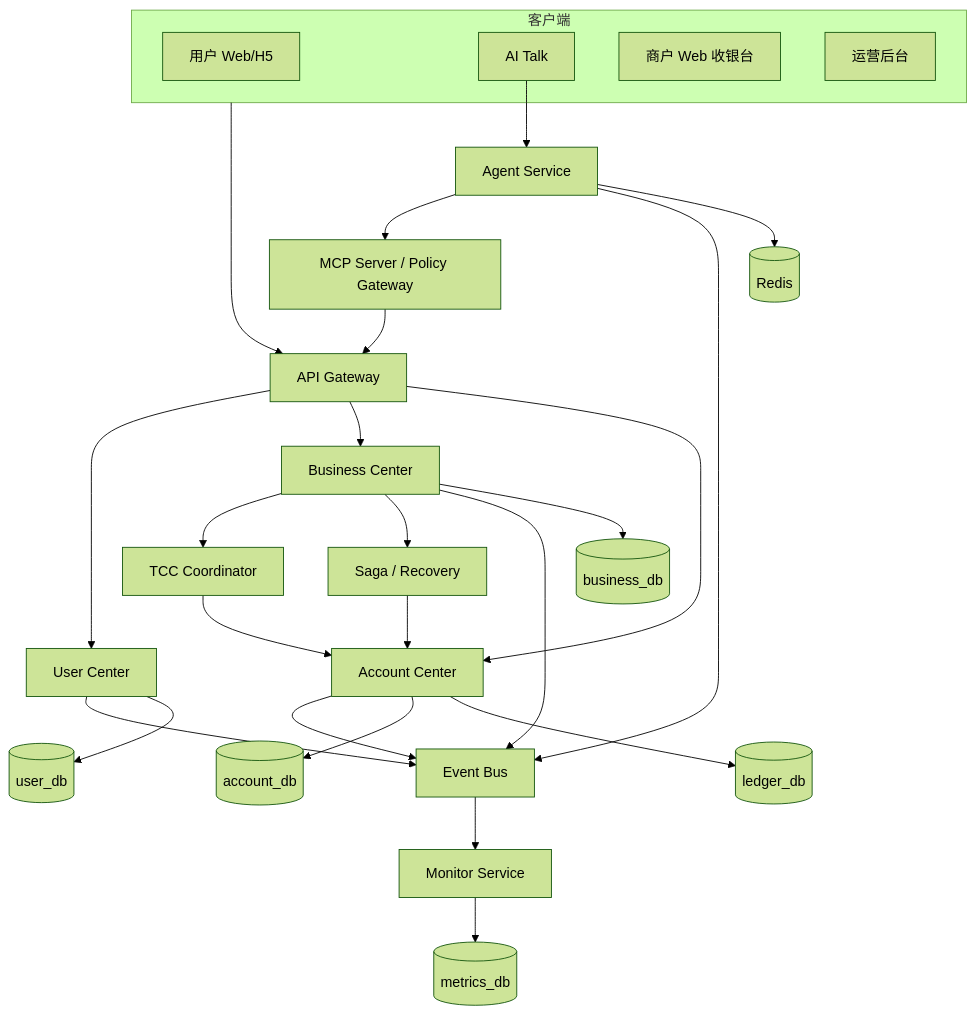
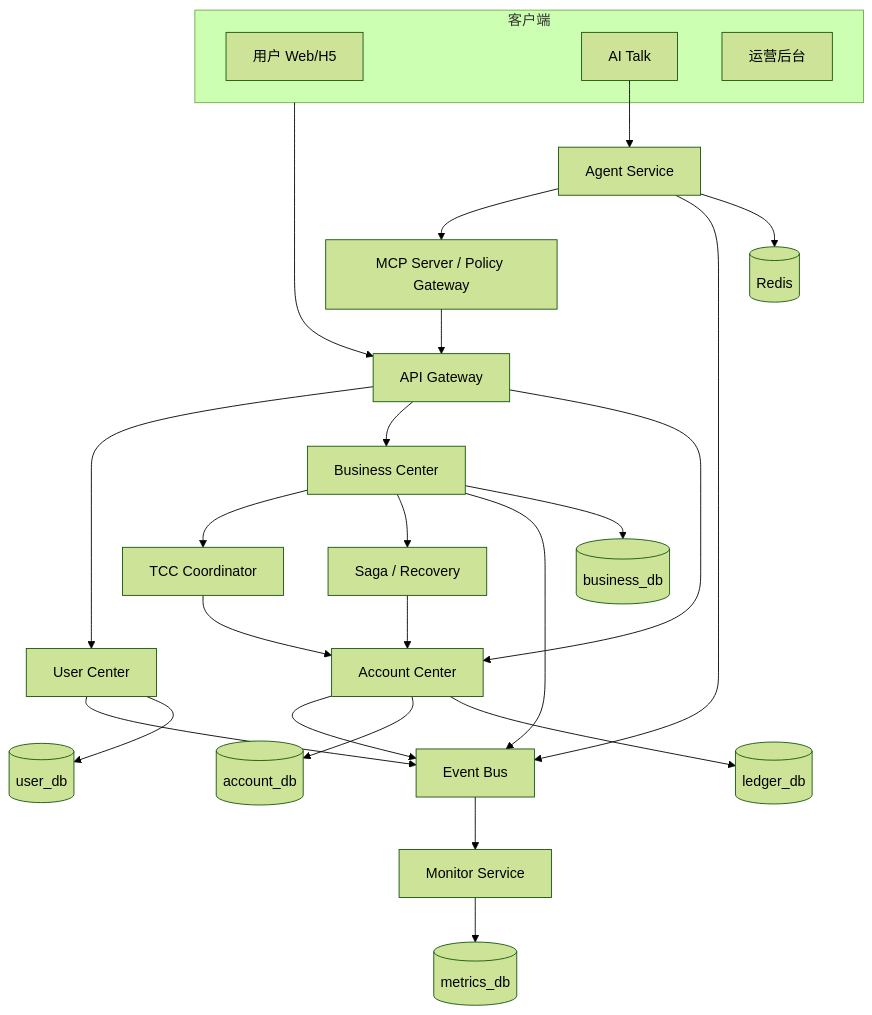
Before and after one commit to JN6565/MiniAlalipay: the third of 32 diagrams in docs/minialalipay/minialalipay-system-analysis.md, drawn with Mermaid (forest theme). The commit also changed other lines of this file and 5 other files, not shown here.

````diff
--- a/docs/minialalipay/minialalipay-system-analysis.md
+++ b/docs/minialalipay/minialalipay-system-analysis.md
@@ -347,36 +348,35 @@
 ```mermaid
 flowchart TB
     subgraph Client[客户端]
       CWeb[用户 Web/H5]
       Talk[AI Talk]
-      Cashier[商户 Web 收银台]
       Ops[运营后台]
     end
 
     Client --> GW[API Gateway]
     Talk --> Agent[Agent Service]
     Agent --> MCP[MCP Server / Policy Gateway]
     MCP --> GW
 
     GW --> UC[User Center]
     GW --> BC[Business Center]
     GW --> AC[Account Center]
 
     BC --> TC[TCC Coordinator]
     TC --> AC
     BC --> Saga[Saga / Recovery]
     Saga --> AC
 
     UC --> Event[Event Bus]
     BC --> Event
     AC --> Event
     Agent --> Event
     Event --> Monitor[Monitor Service]
 
     UC --> UDB[(user_db)]
     BC --> BDB[(business_db)]
     AC --> ADB[(account_db)]
     AC --> LDB[(ledger_db)]
     Agent --> Redis[(Redis)]
     Monitor --> MDB[(metrics_db)]
 ```
````
